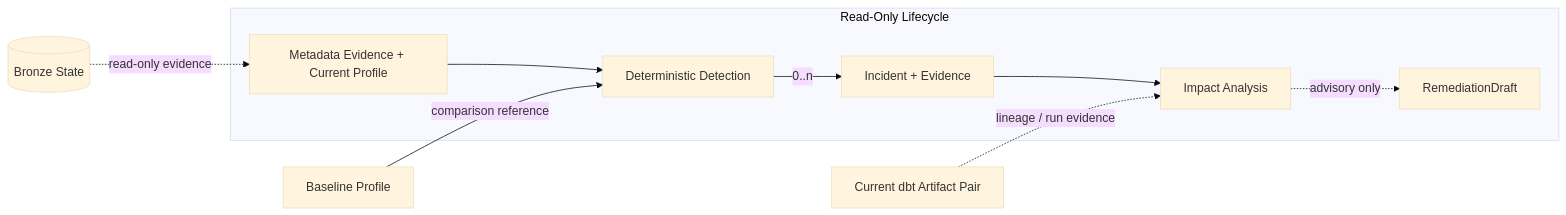
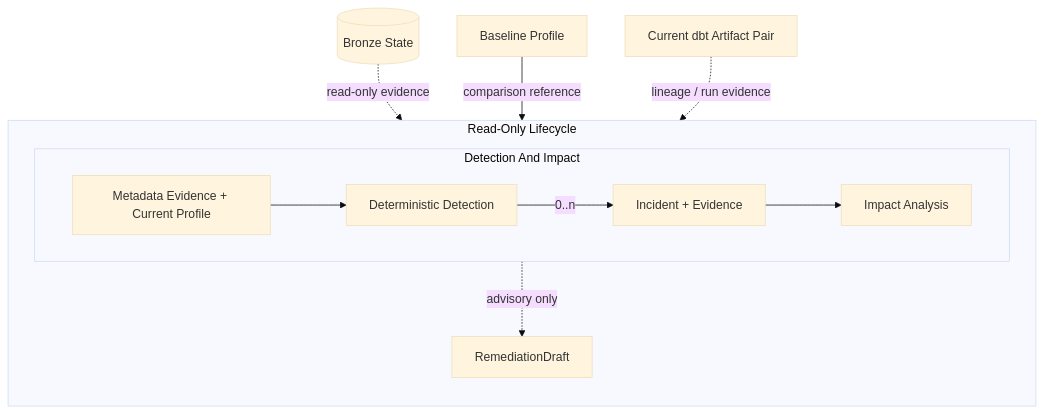
Before and after one commit to mols3131d/hmda-data-reliability: the first of 2 diagrams in docs/domains/reliability.md, drawn with Mermaid (base theme). The commit also changed other lines of this file, not shown here.

Commit message:
docs: compact reliability mermaid layouts

````diff
--- a/docs/domains/reliability.md
+++ b/docs/domains/reliability.md
@@ -21,16 +21,22 @@
 ```mermaid
-flowchart LR
+flowchart TB
     raw[("Bronze State")]
     baseline["Baseline Profile"]
     artifacts["Current dbt Artifact Pair"]
 
     subgraph lifecycle ["Read-Only Lifecycle"]
-        evidence["Metadata Evidence + Current Profile"] --> detection["Deterministic Detection"]
-        detection -->|0..n| incident["Incident + Evidence"] --> impact["Impact Analysis"]
+        direction TB
+
+        subgraph assessment ["Detection And Impact"]
+            direction LR
+            evidence["Metadata Evidence + Current Profile"] --> detection["Deterministic Detection"]
+            detection -->|0..n| incident["Incident + Evidence"] --> impact["Impact Analysis"]
+        end
+
         impact -.->|advisory only| draft["RemediationDraft"]
     end
 
     raw -.->|read-only evidence| evidence
     baseline -->|comparison reference| detection
     artifacts -.->|lineage / run evidence| impact
 ```
````
